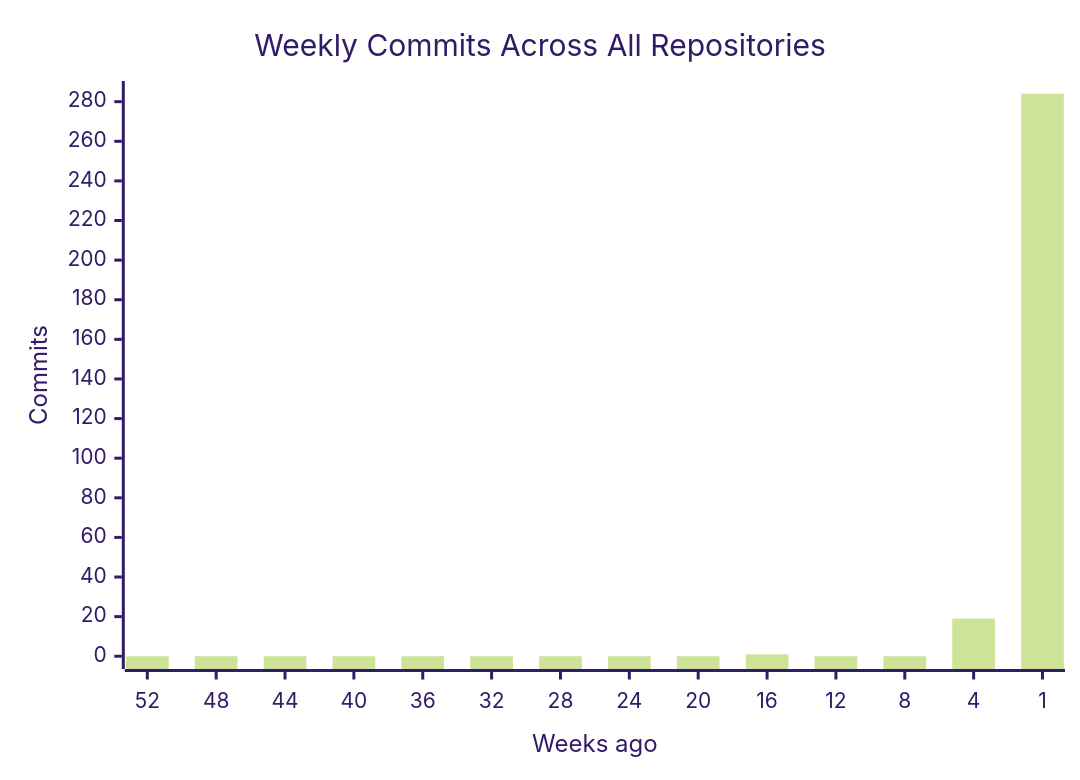
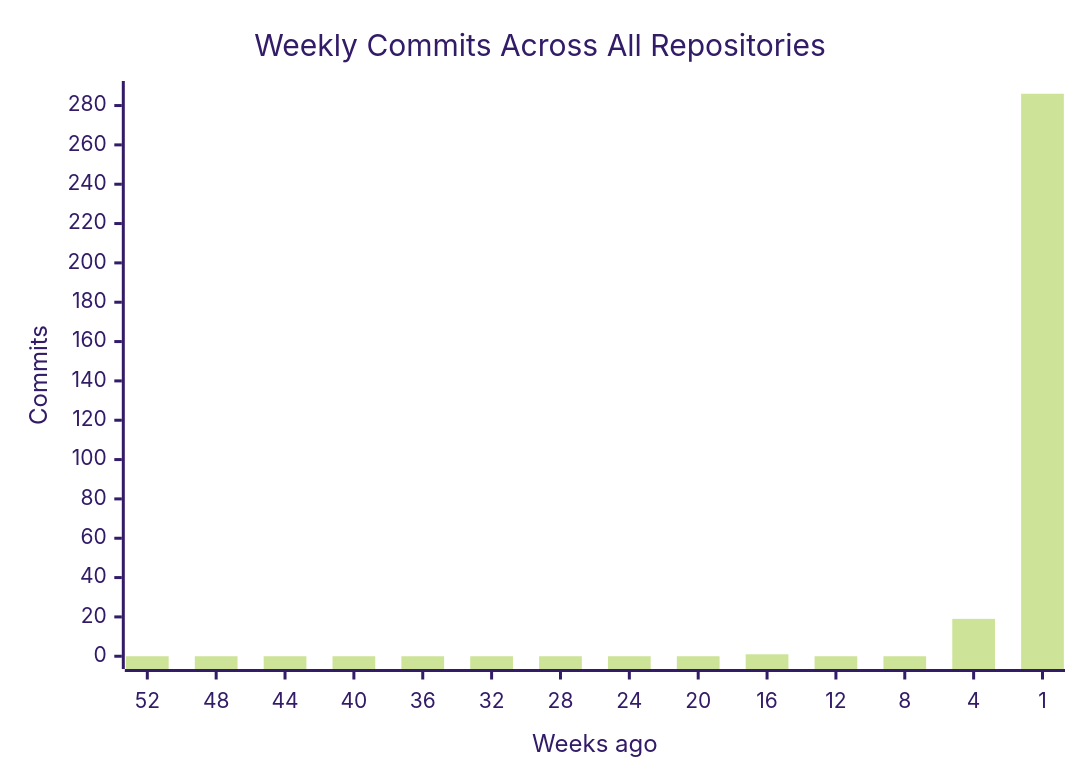
Before and after one commit to CSTH-Projects/.github: the first of 4 diagrams in profile/README.md, drawn with Mermaid (forest theme). The commit also changed other lines of this file, not shown here.

````diff
--- a/profile/README.md
+++ b/profile/README.md
@@ -16,7 +16,7 @@
 ```mermaid
 xychart-beta
     title "Weekly Commits Across All Repositories"
     x-axis "Weeks ago" [52, 48, 44, 40, 36, 32, 28, 24, 20, 16, 12, 8, 4, 1]
     y-axis "Commits"
-    bar [0, 0, 0, 0, 0, 0, 0, 0, 0, 1, 0, 0, 19, 284]
+    bar [0, 0, 0, 0, 0, 0, 0, 0, 0, 1, 0, 0, 19, 286]
 ```
````
